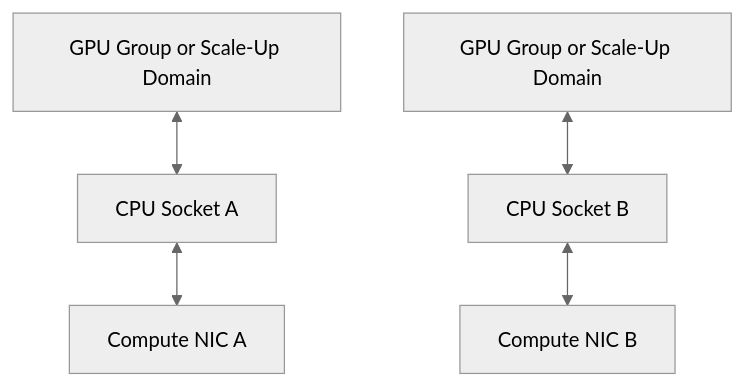
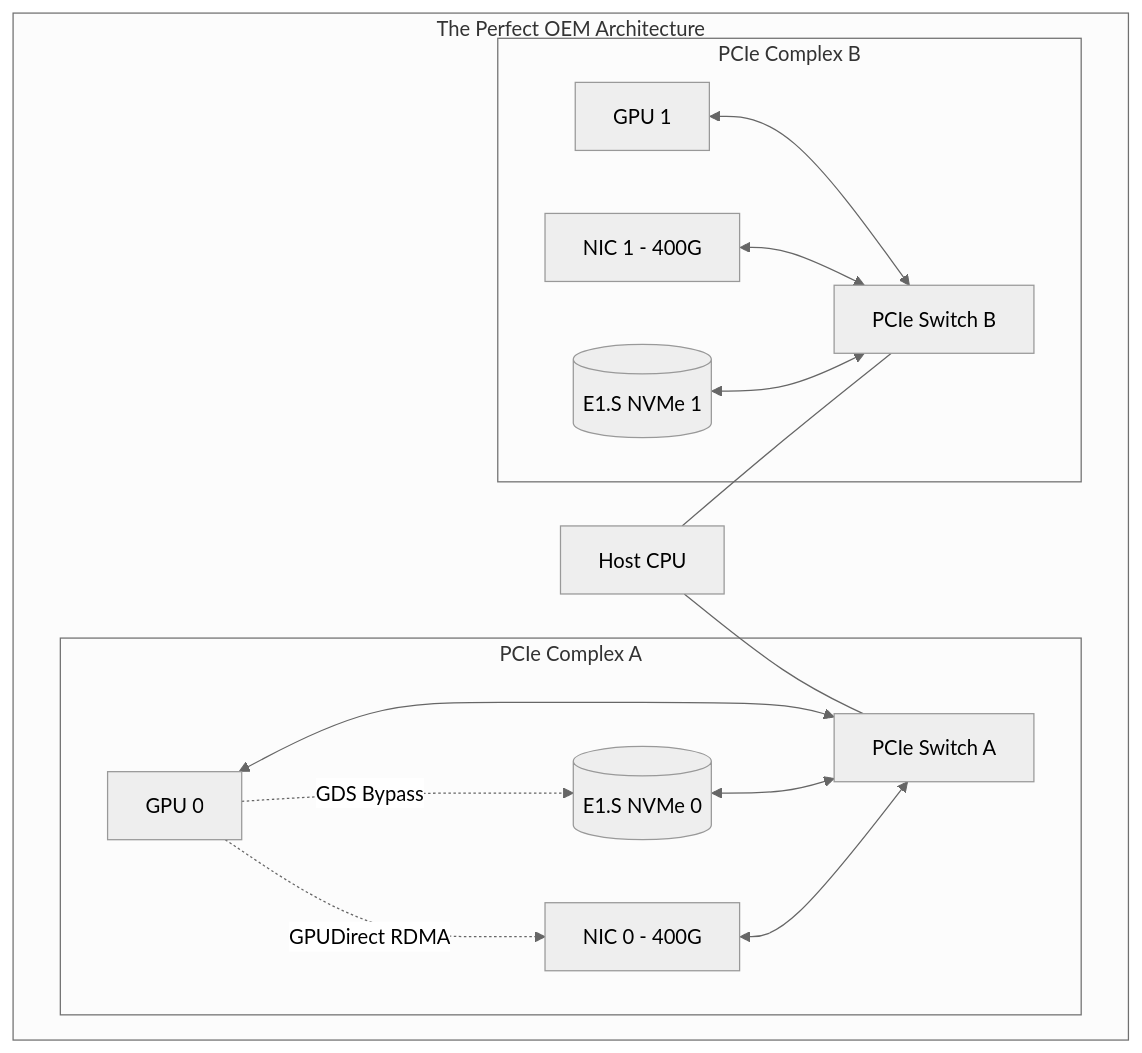
One commit to jithinpnjm/nvidia-devops changed the diagram in docs/nvidia-zero-to-hero/volume-06/chapter-06-hgx-networking-storage-and-cluster-integration.md. Above: the diagram before and after it, drawn with Mermaid (neutral theme). The commit also changed other lines of this file and 9 other files, not shown here.

Commit message:
feat(docs): drastically upgrade Volume 6 Chapters 1-7 to Senior Architect level while preserving exact file structure

````diff
--- a/docs/nvidia-zero-to-hero/volume-06/chapter-06-hgx-networking-storage-and-cluster-integration.md
+++ b/docs/nvidia-zero-to-hero/volume-06/chapter-06-hgx-networking-storage-and-cluster-integration.md
@@ -71,12 +65,23 @@
 ```mermaid
 flowchart TD
-    GPUGroupA[GPU Group or Scale-Up Domain]
-    CPUA[CPU Socket A]
-    NICA[Compute NIC A]
-    GPUB[GPU Group or Scale-Up Domain]
-    CPUB[CPU Socket B]
-    NICB[Compute NIC B]
-
-    GPUGroupA <--> CPUA <--> NICA
-    GPUB <--> CPUB <--> NICB
+    subgraph "The Perfect OEM Architecture"
+        subgraph "PCIe Complex A"
+            SW_A[PCIe Switch A]
+            GPU0[GPU 0] <--> SW_A
+            NIC0[NIC 0 - 400G] <--> SW_A
+            NVME0[(E1.S NVMe 0)] <--> SW_A
+        end
+        
+        subgraph "PCIe Complex B"
+            SW_B[PCIe Switch B]
+            GPU1[GPU 1] <--> SW_B
+            NIC1[NIC 1 - 400G] <--> SW_B
+            NVME1[(E1.S NVMe 1)] <--> SW_B
+        end
+        
+        CPU0[Host CPU] --- SW_A & SW_B
+    end
+    
+    GPU0 -.->|GDS Bypass| NVME0
+    GPU0 -.->|GPUDirect RDMA| NIC0
 ```
````
